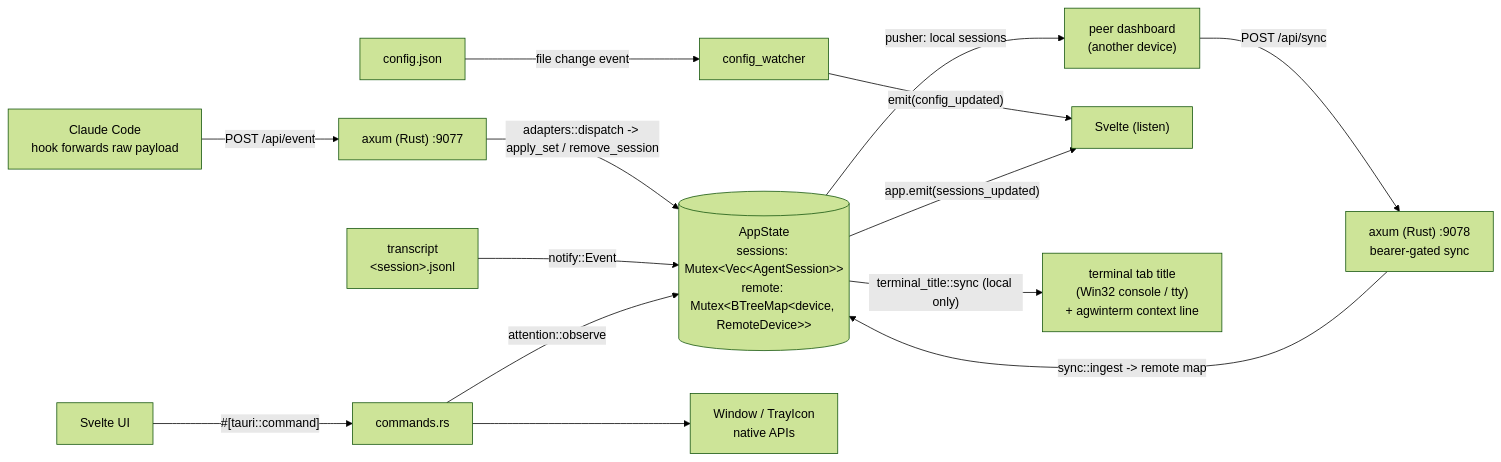
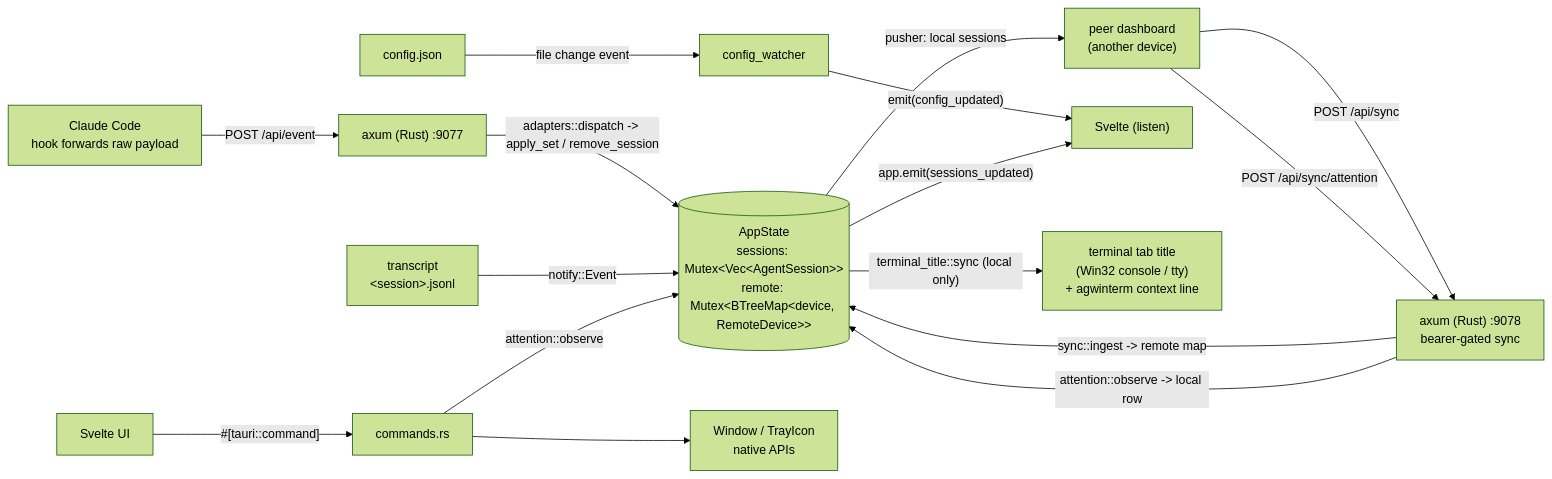
The diagram in docs/pages/development/data-flow.md (AnotherSava/claude-code-dashboard), drawn with Mermaid (forest theme) before and after one commit. The commit also changed other lines of this file and 23 other files, not shown here.

````diff
--- a/docs/pages/development/data-flow.md
+++ b/docs/pages/development/data-flow.md
@@ -12,31 +12,33 @@
 ```mermaid
 flowchart LR
   CC["Claude Code<br/>hook forwards raw payload"]
   TR["transcript<br/>&lt;session&gt;.jsonl"]
   UI["Svelte UI"]
   CFG["config.json"]
   PEER["peer dashboard<br/>(another device)"]
 
   AX["axum (Rust) :9077"]
   SYNC["axum (Rust) :9078<br/>bearer-gated sync"]
   CMD["commands.rs"]
   CW["config_watcher"]
   AS[("AppState<br/>sessions: Mutex&lt;Vec&lt;AgentSession&gt;&gt;<br/>remote: Mutex&lt;BTreeMap&lt;device, RemoteDevice&gt;&gt;")]
   NATIVE["Window / TrayIcon<br/>native APIs"]
   SV["Svelte (listen)"]
   TT["terminal tab title<br/>(Win32 console / tty)<br/>+ agwinterm context line"]
 
   CC -->|"POST /api/event"| AX
   AX -->|"adapters::dispatch -> apply_set / remove_session"| AS
   TR -->|"notify::Event"| AS
   PEER -->|"POST /api/sync"| SYNC
   SYNC -->|"sync::ingest -> remote map"| AS
+  PEER -->|"POST /api/sync/attention"| SYNC
+  SYNC -->|"attention::observe -> local row"| AS
   AS -->|"pusher: local sessions"| PEER
   UI -->|"#[tauri::command]"| CMD
   CMD -->|"attention::observe"| AS
   CMD --> NATIVE
   CFG -->|"file change event"| CW
   CW -->|"emit(config_updated)"| SV
   AS -->|"app.emit(sessions_updated)"| SV
   AS -->|"terminal_title::sync (local only)"| TT
 ```
````
